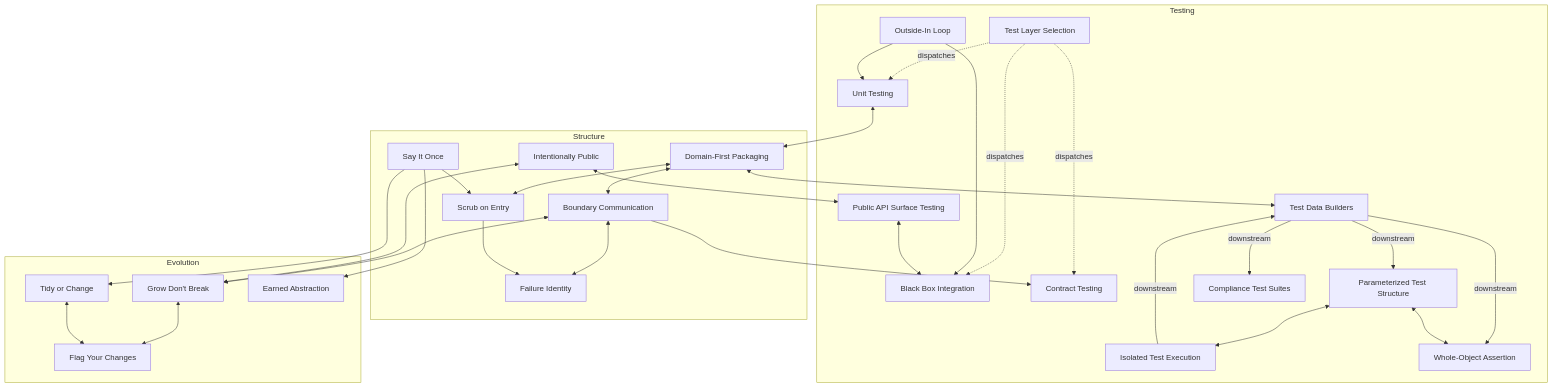
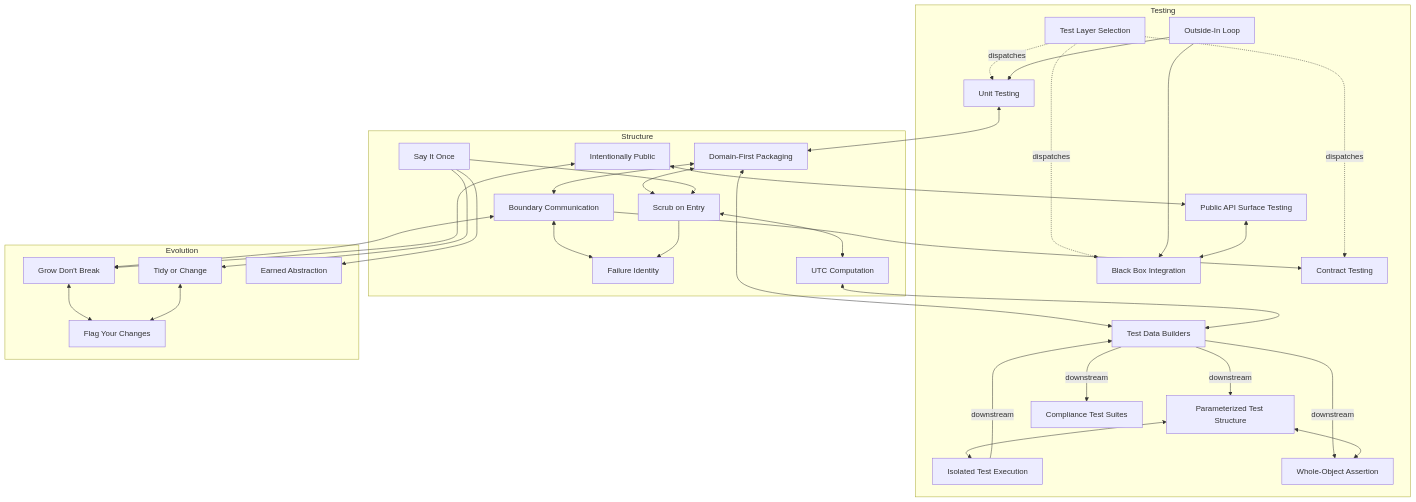
Before and after one commit to gaqzi/bjornstack: the diagram in strategies/RELATIONSHIPS.md, drawn with Mermaid. The commit also changed other lines of this file and 4 other files, not shown here.

````diff
--- a/strategies/RELATIONSHIPS.md
+++ b/strategies/RELATIONSHIPS.md
@@ -13,44 +13,47 @@
 ```mermaid
 graph TD
     subgraph testing [Testing]
         TLS["Test Layer Selection"] -.->|dispatches| UT["Unit Testing"]
         TLS -.->|dispatches| BBIB["Black Box Integration"]
         TLS -.->|dispatches| CT["Contract Testing"]
         OILD["Outside-In Loop"] --> UT
         OILD --> BBIB
         ITE["Isolated Test Execution"] -->|downstream| TDB["Test Data Builders"]
         TDB -->|downstream| WOA["Whole-Object Assertion"]
         TDB -->|downstream| PTS["Parameterized Test Structure"]
         TDB -->|downstream| CTS["Compliance Test Suites"]
         PTS <--> WOA
         PTS <--> ITE
         PAST["Public API Surface Testing"] <--> BBIB
     end
 
     subgraph structure [Structure]
         DFP["Domain-First Packaging"] <--> BC["Boundary Communication"]
         IP["Intentionally Public"]
         SOE["Scrub on Entry"]
         SIO["Say It Once"]
         FI["Failure Identity"]
+        UTC["UTC Computation"]
     end
 
     subgraph evolution [Evolution]
         GDB["Grow Don't Break"] <--> FYC["Flag Your Changes"]
         ToC["Tidy or Change"] <--> FYC
         EA["Earned Abstraction"]
     end
 
     BC <--> GDB
     IP <--> GDB
     IP <--> PAST
     BC --> CT
     DFP <--> TDB
     DFP <--> SOE
     SIO --> SOE
     SIO --> ToC
     SIO --> EA
     BC <--> FI
     SOE --> FI
+    SOE <--> UTC
+    UTC <--> TDB
     UT <--> DFP
 ```
````
